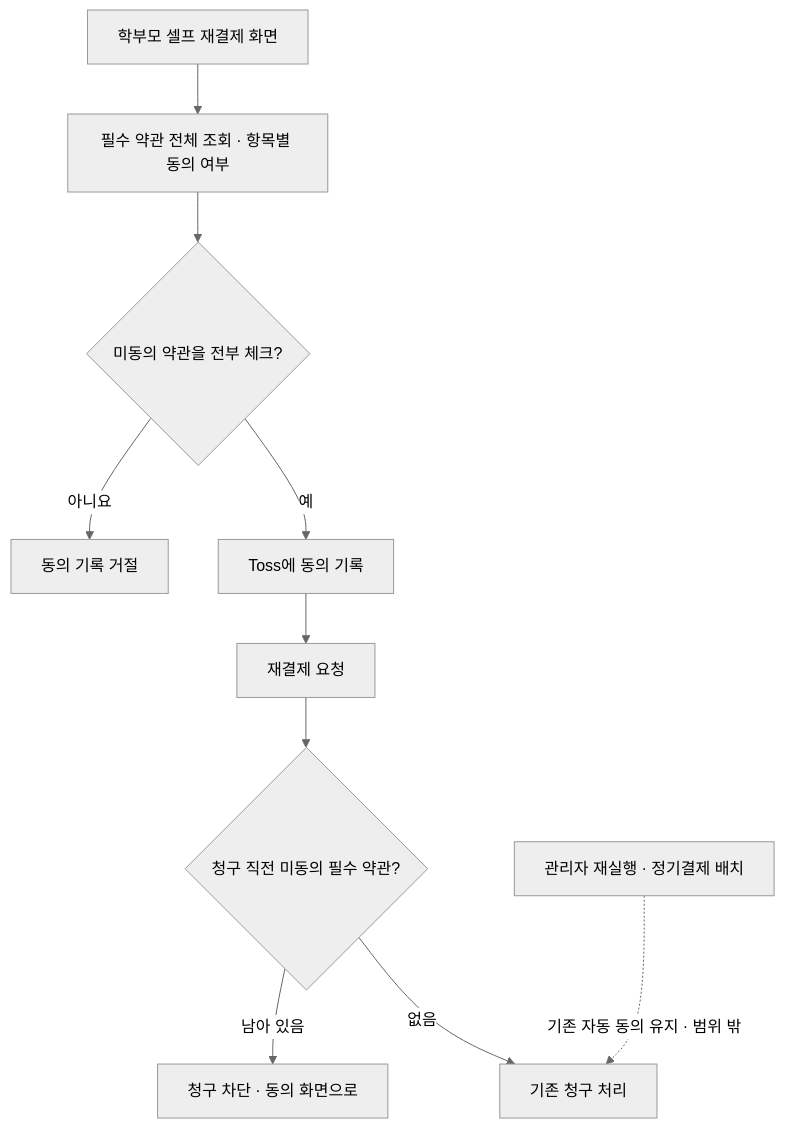
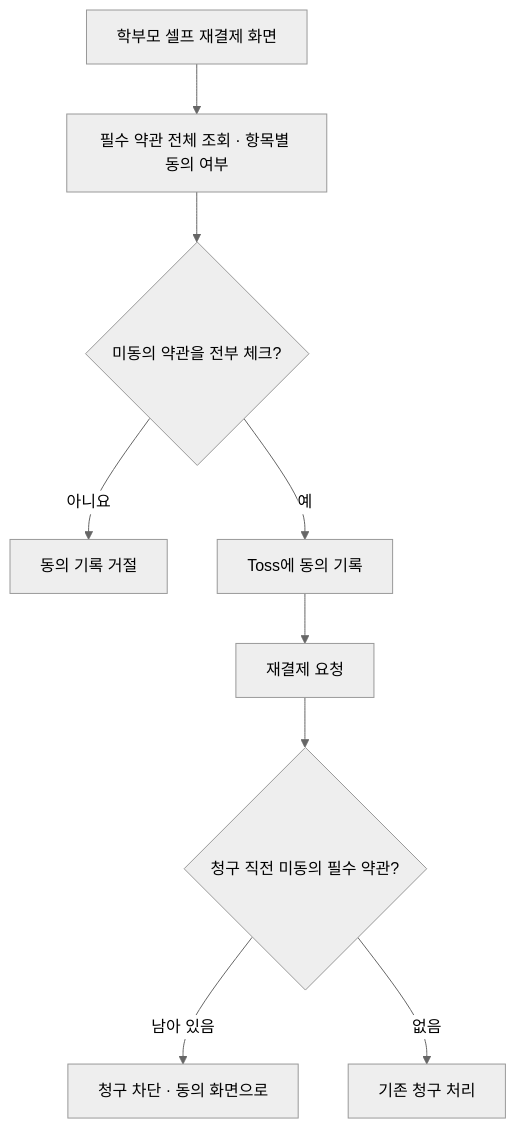
Before and after one commit to labyrinth30/labyrinth30.github.io: the diagram in src/diagrams/consent.mmd, drawn with Mermaid (neutral theme). The commit also changed 1 other file, not shown here.

```diff
--- a/src/diagrams/consent.mmd
+++ b/src/diagrams/consent.mmd
@@ -1,10 +1,9 @@
 flowchart TB
   U[학부모 셀프 재결제 화면] --> G[필수 약관 전체 조회 · 항목별 동의 여부]
   G --> K{미동의 약관을 전부 체크?}
   K -->|아니요| N[동의 기록 거절]
   K -->|예| A[Toss에 동의 기록]
   A --> R[재결제 요청]
   R --> Q{청구 직전 미동의 필수 약관?}
   Q -->|남아 있음| X[청구 차단 · 동의 화면으로]
   Q -->|없음| P[기존 청구 처리]
-  M[관리자 재실행 · 정기결제 배치] -.->|기존 자동 동의 유지 · 범위 밖| P
```
